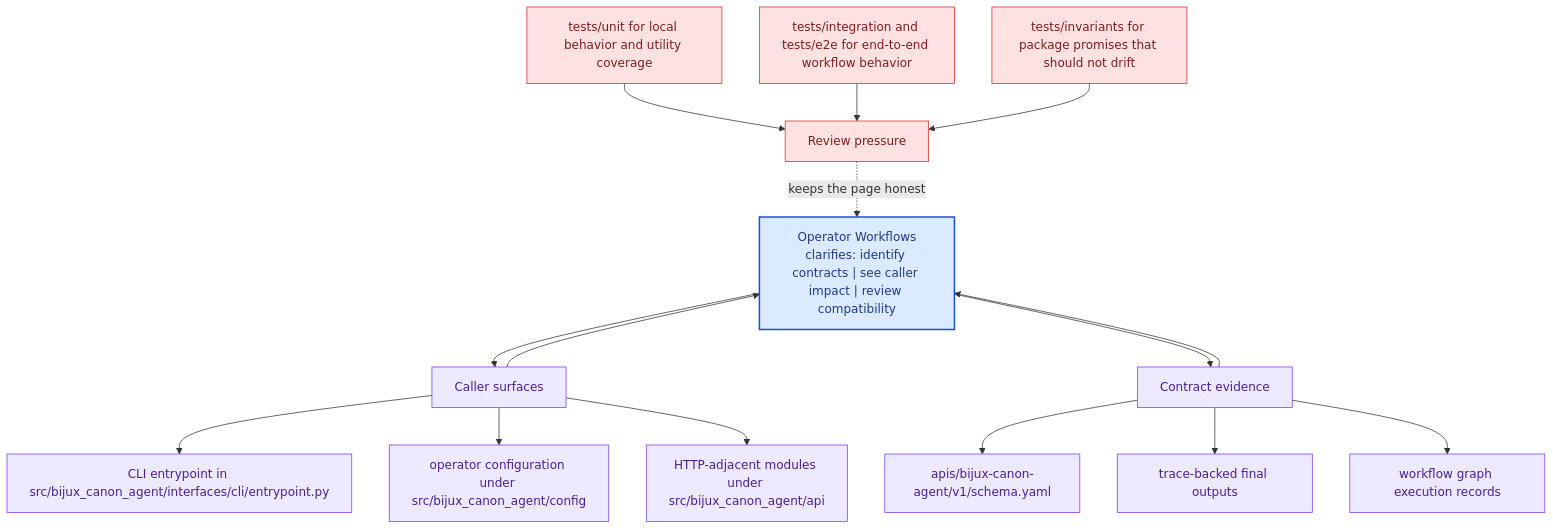
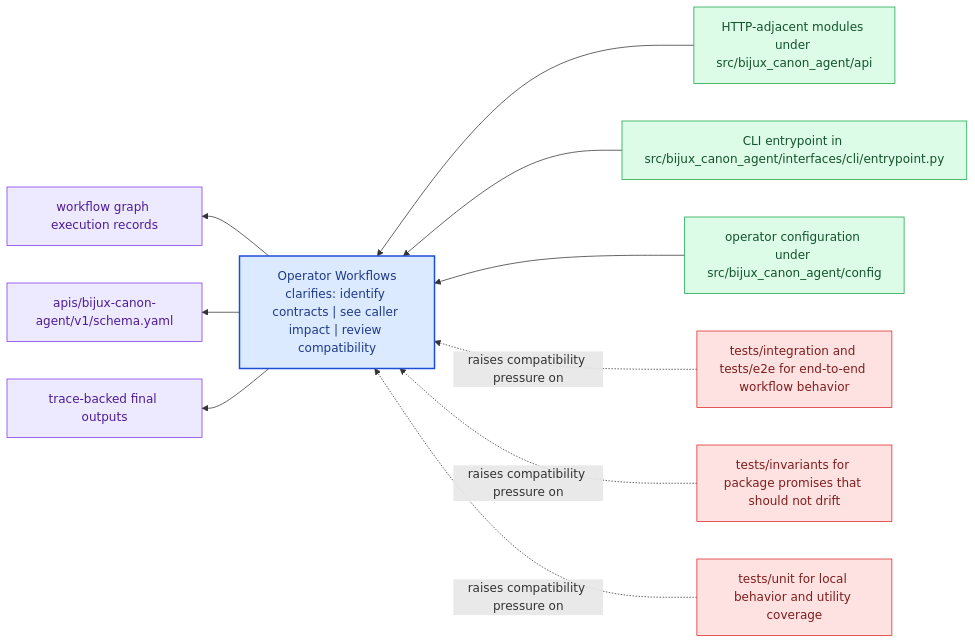
One commit to bijux/bijux-canon changed the diagram in docs/bijux-canon-agent/interfaces/operator-workflows.md. Above: the diagram before and after it, drawn with Mermaid. The commit also changed other lines of this file and 281 other files, not shown here.

Commit message:
docs(diagrams): replace repeated mermaid scaffolds with page-specific summaries

````diff
--- a/docs/bijux-canon-agent/interfaces/operator-workflows.md
+++ b/docs/bijux-canon-agent/interfaces/operator-workflows.md
@@ -67,41 +22,31 @@
 ```mermaid
-flowchart TB
-    promise["Operator Workflows<br/>clarifies: identify contracts | see caller impact | review compatibility"]
-    classDef promise fill:#dbeafe,stroke:#1d4ed8,color:#1e3a8a,stroke-width:2px;
-    classDef driver fill:#dcfce7,stroke:#16a34a,color:#14532d;
-    classDef constraint fill:#fee2e2,stroke:#dc2626,color:#7f1d1d;
-    classDef ground fill:#ede9fe,stroke:#7c3aed,color:#4c1d95;
-    focus1["Caller surfaces"]
-    focus1 --> promise
-    promise --> focus1
-    focus1_1["CLI entrypoint in src/bijux_canon_agent/interfaces/cli/entrypoint.py"]
-    focus1 --> focus1_1
-    focus1_2["operator configuration under src/bijux_canon_agent/config"]
-    focus1 --> focus1_2
-    focus1_3["HTTP-adjacent modules under src/bijux_canon_agent/api"]
-    focus1 --> focus1_3
-    class focus1 ground;
-    class focus1_1,focus1_2,focus1_3 ground;
-    focus2["Contract evidence"]
-    focus2 --> promise
-    promise --> focus2
-    focus2_1["apis/bijux-canon-agent/v1/schema.yaml"]
-    focus2 --> focus2_1
-    focus2_2["trace-backed final outputs"]
-    focus2 --> focus2_2
-    focus2_3["workflow graph execution records"]
-    focus2 --> focus2_3
-    class focus2 ground;
-    class focus2_1,focus2_2,focus2_3 ground;
-    focus3["Review pressure"]
-    focus3 -.keeps the page honest.-> promise
-    focus3_1["tests/unit for local behavior and utility coverage"]
-    focus3_1 --> focus3
-    focus3_2["tests/integration and tests/e2e for end-to-end workflow behavior"]
-    focus3_2 --> focus3
-    focus3_3["tests/invariants for package promises that should not drift"]
-    focus3_3 --> focus3
-    class focus3 constraint;
-    class focus3_1,focus3_2,focus3_3 constraint;
-    class promise promise;
+flowchart RL
+    page["Operator Workflows<br/>clarifies: identify contracts | see caller impact | review compatibility"]
+    classDef page fill:#dbeafe,stroke:#1d4ed8,color:#1e3a8a,stroke-width:2px;
+    classDef positive fill:#dcfce7,stroke:#16a34a,color:#14532d;
+    classDef caution fill:#fee2e2,stroke:#dc2626,color:#7f1d1d;
+    classDef anchor fill:#ede9fe,stroke:#7c3aed,color:#4c1d95;
+    classDef action fill:#fef3c7,stroke:#d97706,color:#7c2d12;
+    surface1["HTTP-adjacent modules under src/bijux_canon_agent/api"]
+    surface1 --> page
+    surface2["CLI entrypoint in src/bijux_canon_agent/interfaces/cli/entrypoint.py"]
+    surface2 --> page
+    surface3["operator configuration under src/bijux_canon_agent/config"]
+    surface3 --> page
+    proof1["workflow graph execution records"]
+    page --> proof1
+    proof2["apis/bijux-canon-agent/v1/schema.yaml"]
+    page --> proof2
+    proof3["trace-backed final outputs"]
+    page --> proof3
+    review1["tests/integration and tests/e2e for end-to-end workflow behavior"]
+    review1 -.raises compatibility pressure on.-> page
+    review2["tests/invariants for package promises that should not drift"]
+    review2 -.raises compatibility pressure on.-> page
+    review3["tests/unit for local behavior and utility coverage"]
+    review3 -.raises compatibility pressure on.-> page
+    class page page;
+    class surface1,surface2,surface3 positive;
+    class proof1,proof2,proof3 anchor;
+    class review1,review2,review3 caution;
 ```
````
